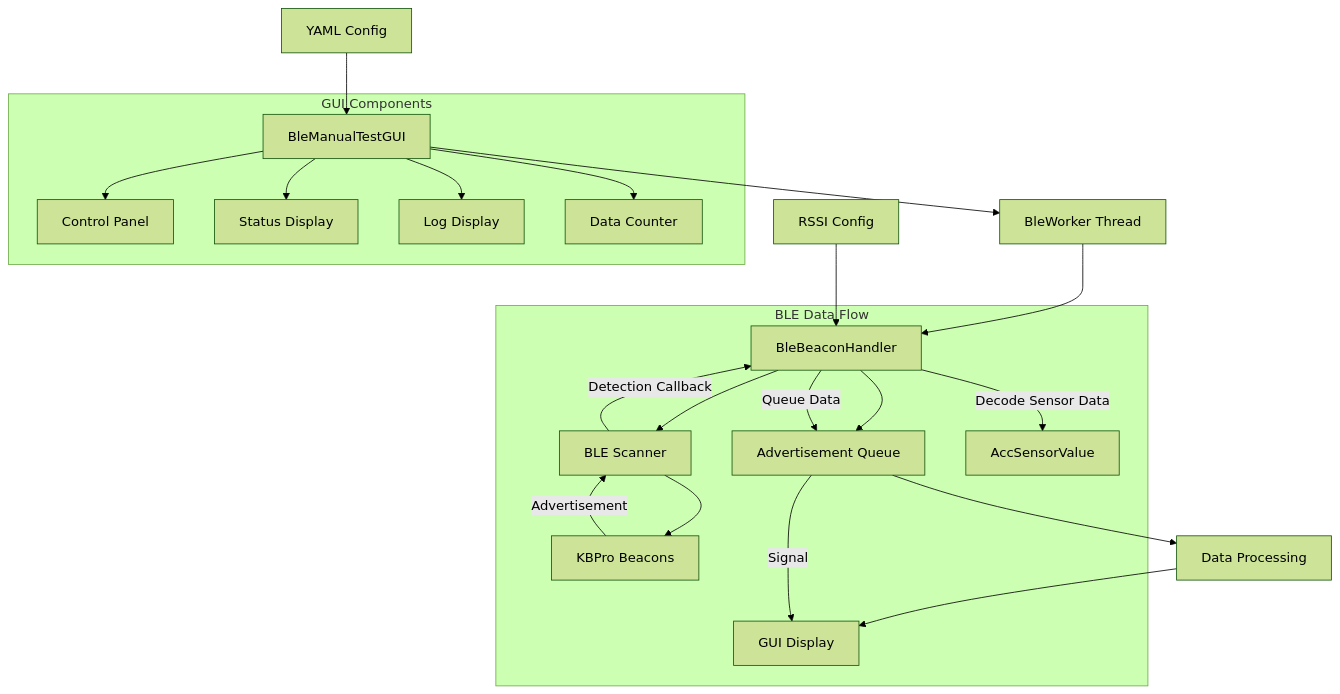
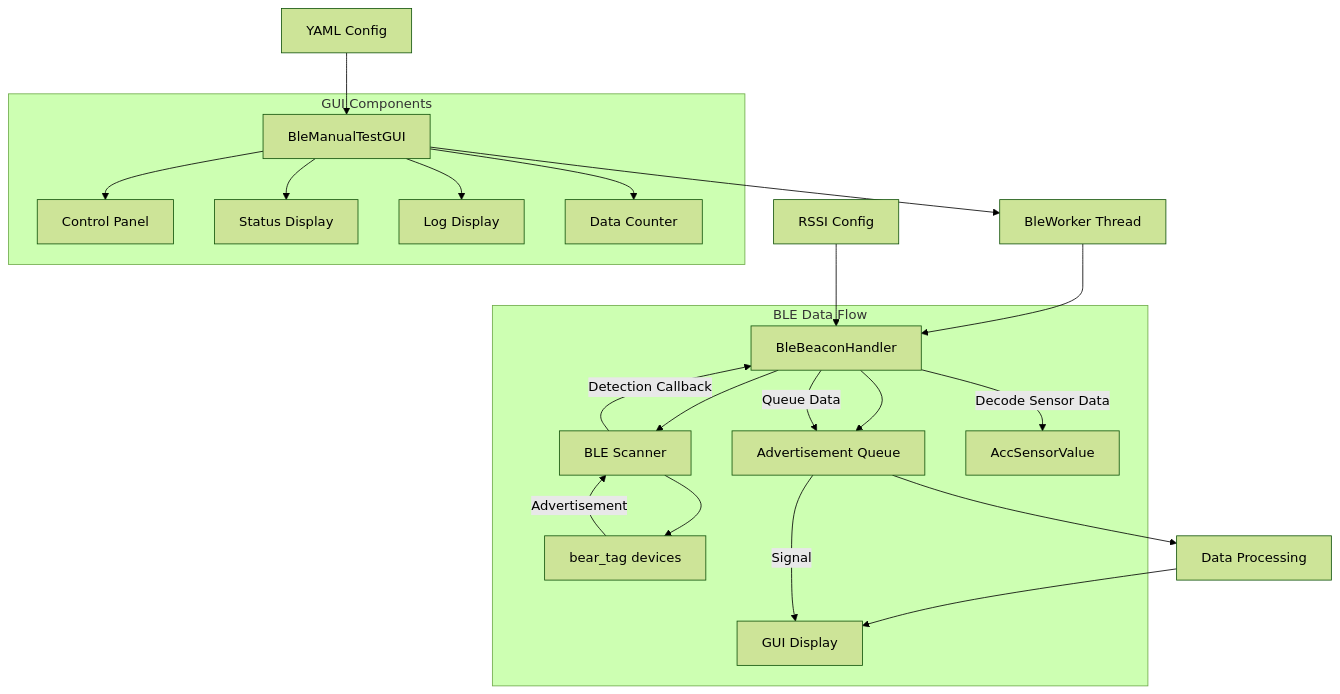
The first of 2 diagrams in docs/ble_beacon_system.md (BeerBear85/BearVision), drawn with Mermaid (forest theme) before and after one commit. The commit also changed other lines of this file and 7 other files, not shown here.

Commit message:
Accept bear_tag BLE advertisements

````diff
--- a/docs/ble_beacon_system.md
+++ b/docs/ble_beacon_system.md
@@ -13,29 +13,29 @@
 ```mermaid
 graph TB
     A[BleManualTestGUI] --> B[BleWorker Thread]
     B --> C[BleBeaconHandler]
     C --> D[BLE Scanner]
-    D --> E[KBPro Beacons]
+    D --> E[bear_tag devices]
     
     C --> F[Advertisement Queue]
     F --> G[Data Processing]
     G --> H[GUI Display]
     
     I[RSSI Config] --> C
     J[YAML Config] --> A
     
     subgraph "BLE Data Flow"
         E --> |Advertisement| D
         D --> |Detection Callback| C
         C --> |Decode Sensor Data| K[AccSensorValue]
         C --> |Queue Data| F
         F --> |Signal| H
     end
     
     subgraph "GUI Components"
         A --> L[Control Panel]
         A --> M[Status Display]
         A --> N[Log Display]
         A --> O[Data Counter]
     end
 ```
````
